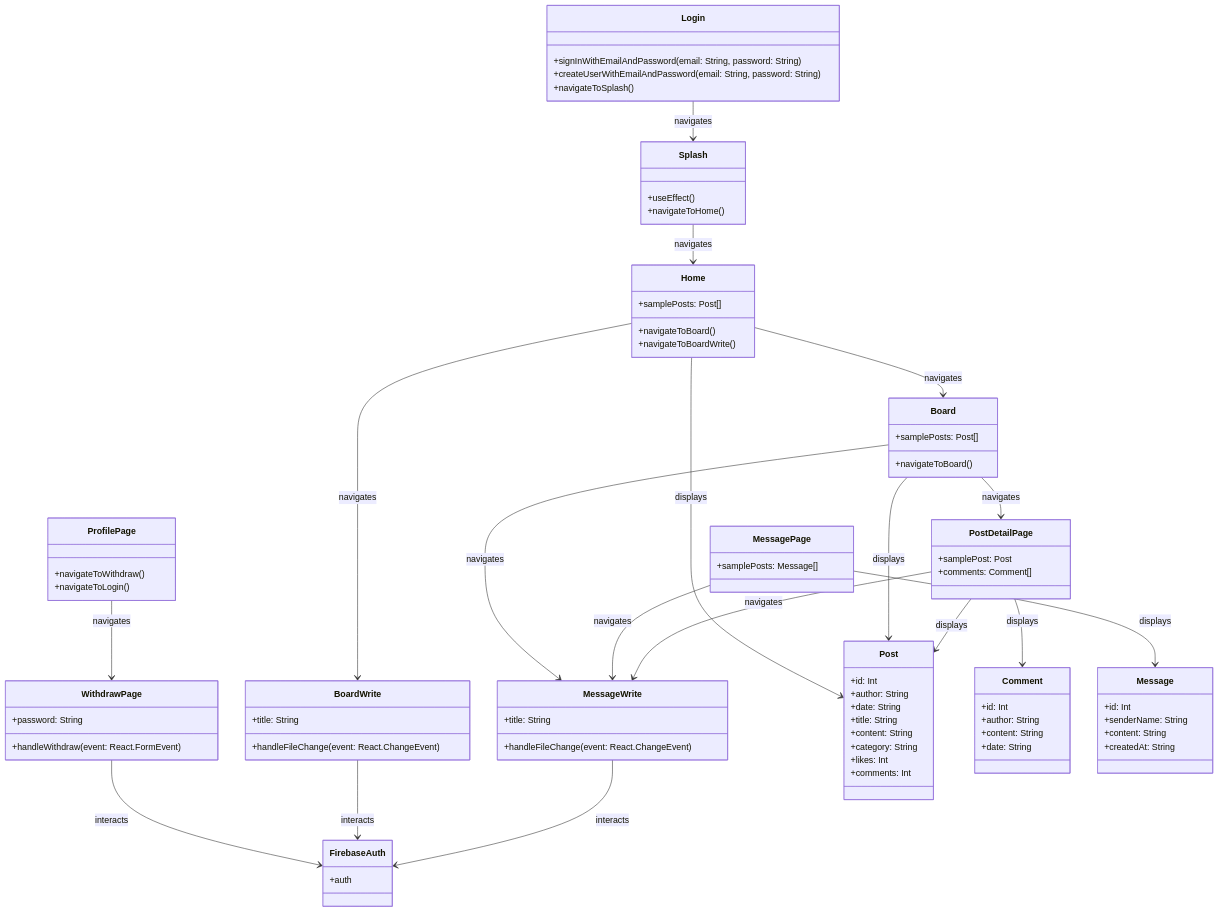
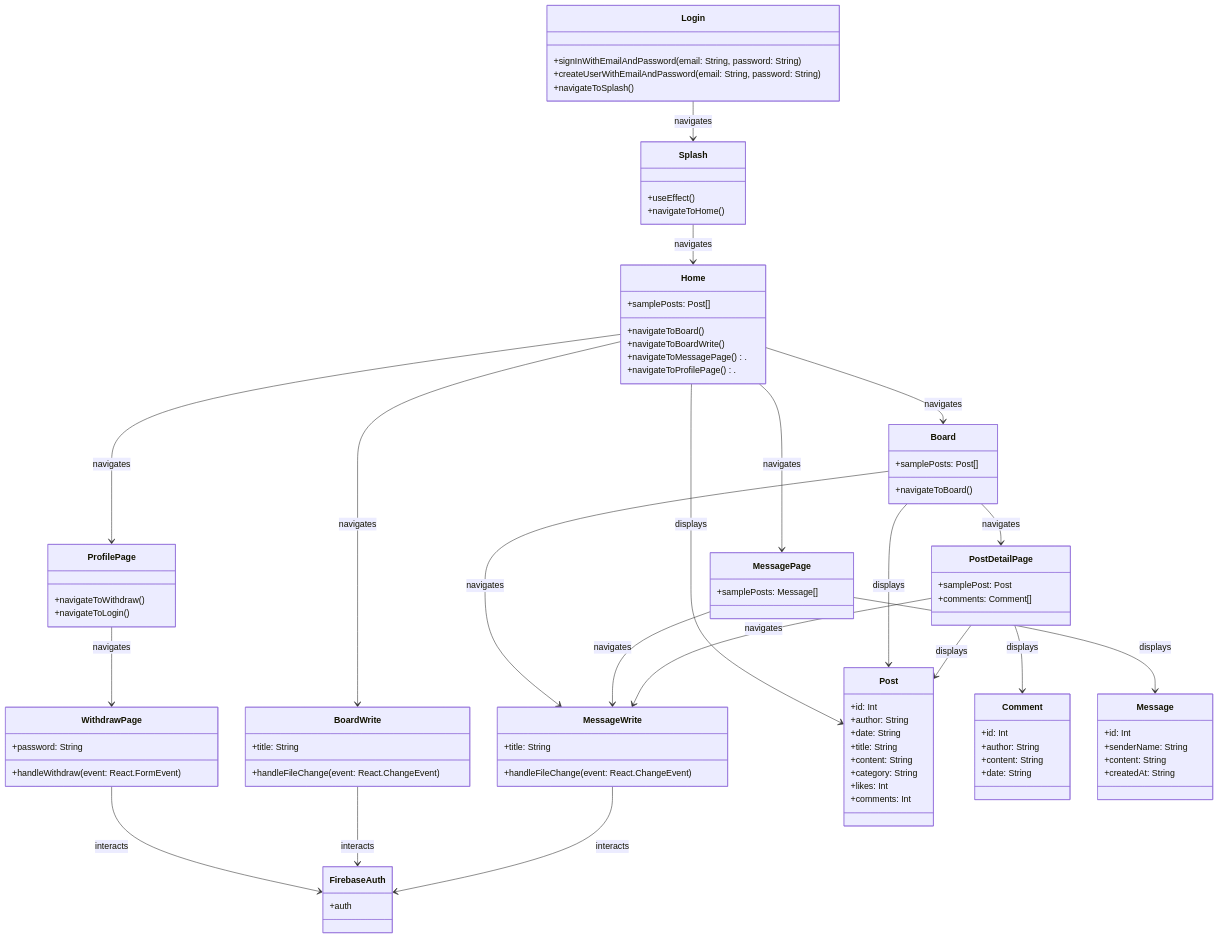
Before and after one commit to Playinc-React-NodeJS-etc/Eoullim: the diagram in README.md, drawn with Mermaid.

```diff
--- a/README.md
+++ b/README.md
@@ -4,6 +4,8 @@
         +samplePosts: Post[]
         +navigateToBoard()
         +navigateToBoardWrite()
+        +navigateToMessagePage().
+        +navigateToProfilePage().
     }
 
     class Board {
@@ -81,11 +83,12 @@
         +auth
     }
 
-
     Login --> Splash : navigates
     Splash --> Home : navigates
     Home --> Board : navigates
     Home --> BoardWrite : navigates
+    Home --> MessagePage : navigates
+    Home --> ProfilePage : navigates
     Board --> PostDetailPage : navigates
     Board --> MessageWrite : navigates
     MessagePage --> MessageWrite : navigates
```
